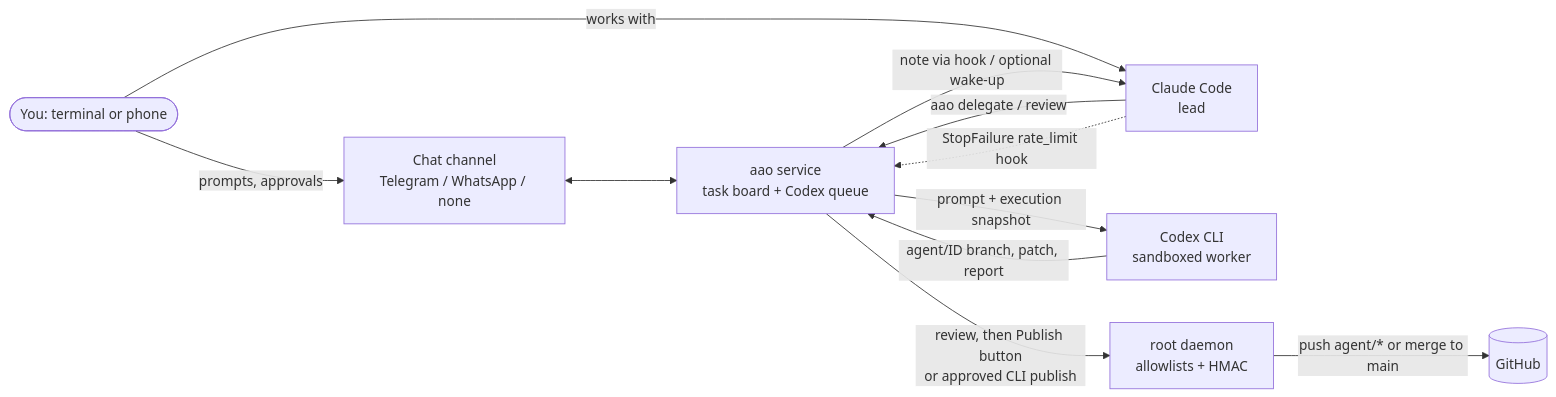
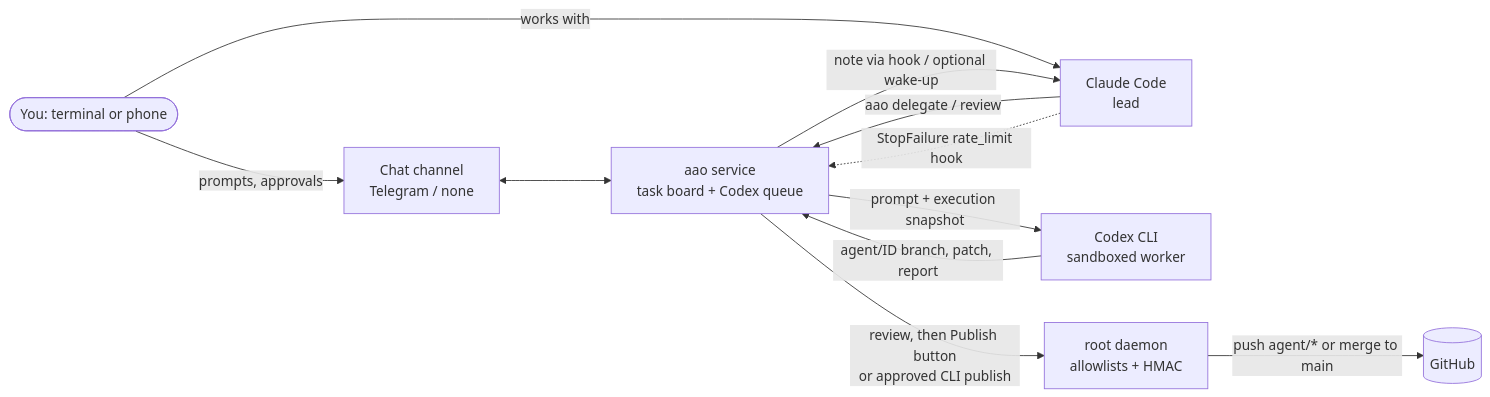
Before and after one commit to JonasaAugusto/ai-agents-orchestrator: the diagram in README.md, drawn with Mermaid. The commit also changed other lines of this file and 5 other files, not shown here.

Commit message:
WhatsApp: optional unofficial extra, off the first screen, doctor and wizard warn

````diff
--- a/README.md
+++ b/README.md
@@ -164,13 +164,13 @@
 ```mermaid
 flowchart LR
-    U([You: terminal or phone]) -->|prompts, approvals| CH[Chat channel<br/>Telegram / WhatsApp / none]
+    U([You: terminal or phone]) -->|prompts, approvals| CH[Chat channel<br/>Telegram / none]
     U -->|works with| CC[Claude Code<br/>lead]
     CC -->|aao delegate / review| SVC
     CC -.->|StopFailure rate_limit hook| SVC
     CH <--> SVC[aao service<br/>task board + Codex queue]
     SVC -->|prompt + execution snapshot| CX[Codex CLI<br/>sandboxed worker]
     CX -->|agent/ID branch, patch, report| SVC
     SVC -->|note via hook / optional wake-up| CC
     SVC -->|review, then Publish button<br/>or approved CLI publish| RD[root daemon<br/>allowlists + HMAC]
     RD -->|push agent/* or merge to main| GH[(GitHub)]
 ```
````
